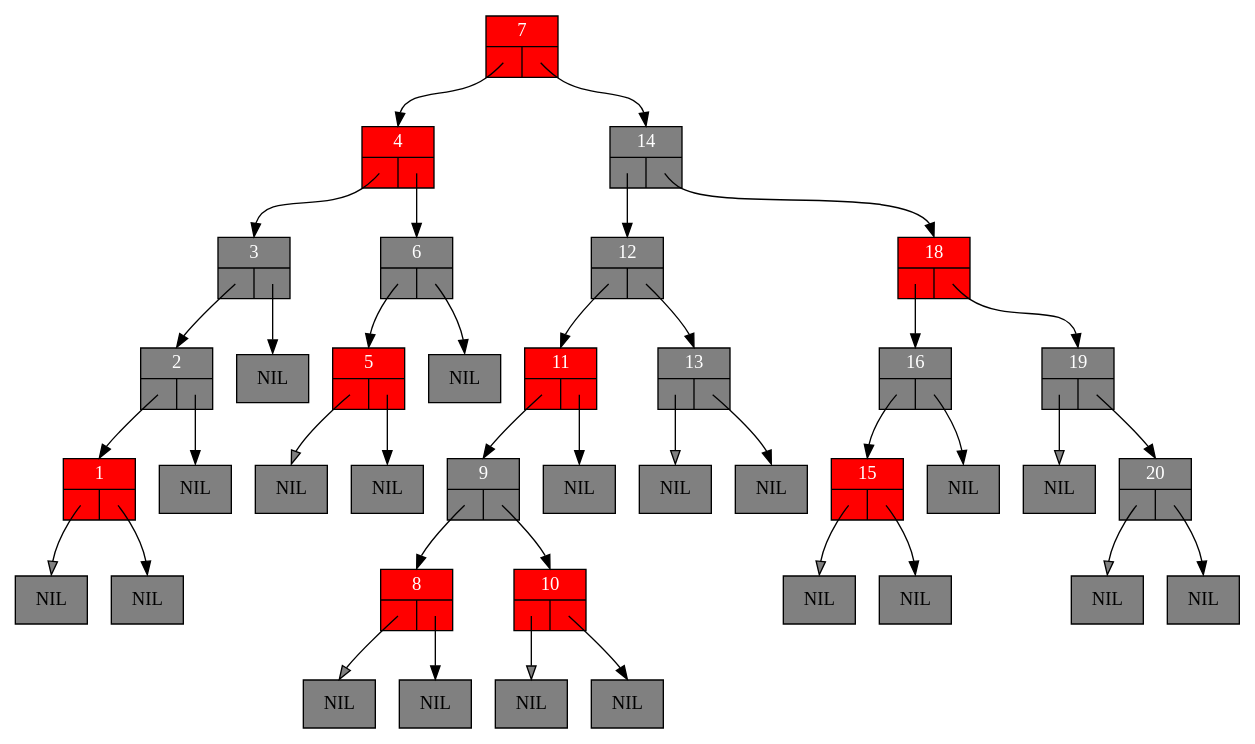
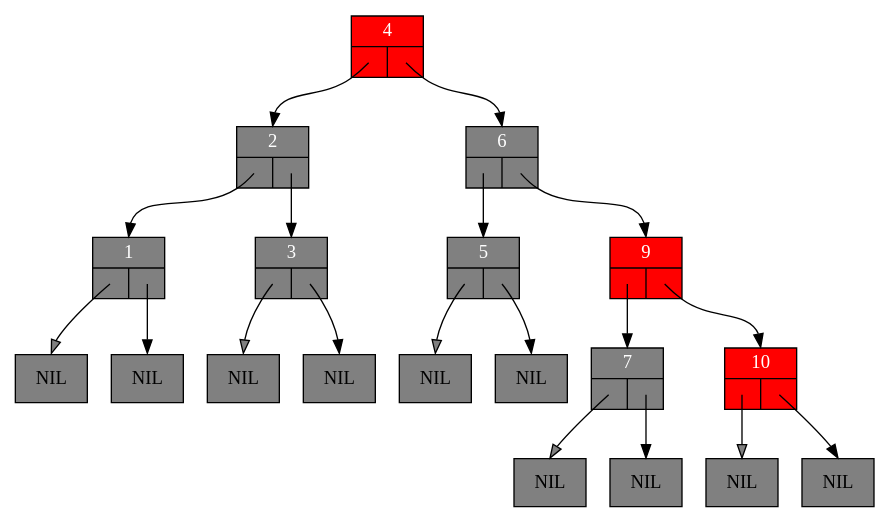
The diagram in Algo3/base_code_lab6/Code/thetree-1.dot (NOTuglyduckling/C), drawn with Graphviz before and after one commit. The commit also changed 22 other files, not shown here.

```diff
--- a/Algo3/base_code_lab6/Code/thetree-1.dot
+++ b/Algo3/base_code_lab6/Code/thetree-1.dot
@@ -1,83 +1,43 @@
 digraph RedBlackTree {
 	graph [ranksep=0.5];
 	node [shape = record];
 
-	n1 [style=filled, fillcolor=red, fontcolor=white, label="{1|{<left>|<right>}}"];
+	n1 [style=filled, fillcolor=grey, fontcolor=white, label="{1|{<left>|<right>}}"];
 	lnil1 [style=filled, fillcolor=grey, label="NIL"];
 	n1:left:c -> lnil1:n [fillcolor=grey, headclip=false, tailclip=false]
 	rnil1 [style=filled, fillcolor=grey, label="NIL"];
 	n1:right:c -> rnil1:n [headclip=false, tailclip=false]
 	n2 [style=filled, fillcolor=grey, fontcolor=white, label="{2|{<left>|<right>}}"];
 	n2:left:c -> n1:n [headclip=false, tailclip=false]
-	rnil2 [style=filled, fillcolor=grey, label="NIL"];
-	n2:right:c -> rnil2:n [headclip=false, tailclip=false]
+	n2:right:c -> n3:n [headclip=false, tailclip=false]
 	n3 [style=filled, fillcolor=grey, fontcolor=white, label="{3|{<left>|<right>}}"];
-	n3:left:c -> n2:n [headclip=false, tailclip=false]
+	lnil3 [style=filled, fillcolor=grey, label="NIL"];
+	n3:left:c -> lnil3:n [fillcolor=grey, headclip=false, tailclip=false]
 	rnil3 [style=filled, fillcolor=grey, label="NIL"];
 	n3:right:c -> rnil3:n [headclip=false, tailclip=false]
 	n4 [style=filled, fillcolor=red, fontcolor=white, label="{4|{<left>|<right>}}"];
-	n4:left:c -> n3:n [headclip=false, tailclip=false]
+	n4:left:c -> n2:n [headclip=false, tailclip=false]
 	n4:right:c -> n6:n [headclip=false, tailclip=false]
-	n5 [style=filled, fillcolor=red, fontcolor=white, label="{5|{<left>|<right>}}"];
+	n5 [style=filled, fillcolor=grey, fontcolor=white, label="{5|{<left>|<right>}}"];
 	lnil5 [style=filled, fillcolor=grey, label="NIL"];
 	n5:left:c -> lnil5:n [fillcolor=grey, headclip=false, tailclip=false]
 	rnil5 [style=filled, fillcolor=grey, label="NIL"];
 	n5:right:c -> rnil5:n [headclip=false, tailclip=false]
 	n6 [style=filled, fillcolor=grey, fontcolor=white, label="{6|{<left>|<right>}}"];
 	n6:left:c -> n5:n [headclip=false, tailclip=false]
-	rnil6 [style=filled, fillcolor=grey, label="NIL"];
-	n6:right:c -> rnil6:n [headclip=false, tailclip=false]
-	n7 [style=filled, fillcolor=red, fontcolor=white, label="{7|{<left>|<right>}}"];
-	n7:left:c -> n4:n [headclip=false, tailclip=false]
-	n7:right:c -> n14:n [headclip=false, tailclip=false]
-	n8 [style=filled, fillcolor=red, fontcolor=white, label="{8|{<left>|<right>}}"];
-	lnil8 [style=filled, fillcolor=grey, label="NIL"];
-	n8:left:c -> lnil8:n [fillcolor=grey, headclip=false, tailclip=false]
-	rnil8 [style=filled, fillcolor=grey, label="NIL"];
-	n8:right:c -> rnil8:n [headclip=false, tailclip=false]
-	n9 [style=filled, fillcolor=grey, fontcolor=white, label="{9|{<left>|<right>}}"];
-	n9:left:c -> n8:n [headclip=false, tailclip=false]
+	n6:right:c -> n9:n [headclip=false, tailclip=false]
+	n7 [style=filled, fillcolor=grey, fontcolor=white, label="{7|{<left>|<right>}}"];
+	lnil7 [style=filled, fillcolor=grey, label="NIL"];
+	n7:left:c -> lnil7:n [fillcolor=grey, headclip=false, tailclip=false]
+	rnil7 [style=filled, fillcolor=grey, label="NIL"];
+	n7:right:c -> rnil7:n [headclip=false, tailclip=false]
+	n9 [style=filled, fillcolor=red, fontcolor=white, label="{9|{<left>|<right>}}"];
+	n9:left:c -> n7:n [headclip=false, tailclip=false]
 	n9:right:c -> n10:n [headclip=false, tailclip=false]
 	n10 [style=filled, fillcolor=red, fontcolor=white, label="{10|{<left>|<right>}}"];
 	lnil10 [style=filled, fillcolor=grey, label="NIL"];
 	n10:left:c -> lnil10:n [fillcolor=grey, headclip=false, tailclip=false]
 	rnil10 [style=filled, fillcolor=grey, label="NIL"];
 	n10:right:c -> rnil10:n [headclip=false, tailclip=false]
-	n11 [style=filled, fillcolor=red, fontcolor=white, label="{11|{<left>|<right>}}"];
-	n11:left:c -> n9:n [headclip=false, tailclip=false]
-	rnil11 [style=filled, fillcolor=grey, label="NIL"];
-	n11:right:c -> rnil11:n [headclip=false, tailclip=false]
-	n12 [style=filled, fillcolor=grey, fontcolor=white, label="{12|{<left>|<right>}}"];
-	n12:left:c -> n11:n [headclip=false, tailclip=false]
-	n12:right:c -> n13:n [headclip=false, tailclip=false]
-	n13 [style=filled, fillcolor=grey, fontcolor=white, label="{13|{<left>|<right>}}"];
-	lnil13 [style=filled, fillcolor=grey, label="NIL"];
-	n13:left:c -> lnil13:n [fillcolor=grey, headclip=false, tailclip=false]
-	rnil13 [style=filled, fillcolor=grey, label="NIL"];
-	n13:right:c -> rnil13:n [headclip=false, tailclip=false]
-	n14 [style=filled, fillcolor=grey, fontcolor=white, label="{14|{<left>|<right>}}"];
-	n14:left:c -> n12:n [headclip=false, tailclip=false]
-	n14:right:c -> n18:n [headclip=false, tailclip=false]
-	n15 [style=filled, fillcolor=red, fontcolor=white, label="{15|{<left>|<right>}}"];
-	lnil15 [style=filled, fillcolor=grey, label="NIL"];
-	n15:left:c -> lnil15:n [fillcolor=grey, headclip=false, tailclip=false]
-	rnil15 [style=filled, fillcolor=grey, label="NIL"];
-	n15:right:c -> rnil15:n [headclip=false, tailclip=false]
-	n16 [style=filled, fillcolor=grey, fontcolor=white, label="{16|{<left>|<right>}}"];
-	n16:left:c -> n15:n [headclip=false, tailclip=false]
-	rnil16 [style=filled, fillcolor=grey, label="NIL"];
-	n16:right:c -> rnil16:n [headclip=false, tailclip=false]
-	n18 [style=filled, fillcolor=red, fontcolor=white, label="{18|{<left>|<right>}}"];
-	n18:left:c -> n16:n [headclip=false, tailclip=false]
-	n18:right:c -> n19:n [headclip=false, tailclip=false]
-	n19 [style=filled, fillcolor=grey, fontcolor=white, label="{19|{<left>|<right>}}"];
-	lnil19 [style=filled, fillcolor=grey, label="NIL"];
-	n19:left:c -> lnil19:n [fillcolor=grey, headclip=false, tailclip=false]
-	n19:right:c -> n20:n [headclip=false, tailclip=false]
-	n20 [style=filled, fillcolor=grey, fontcolor=white, label="{20|{<left>|<right>}}"];
-	lnil20 [style=filled, fillcolor=grey, label="NIL"];
-	n20:left:c -> lnil20:n [fillcolor=grey, headclip=false, tailclip=false]
-	rnil20 [style=filled, fillcolor=grey, label="NIL"];
-	n20:right:c -> rnil20:n [headclip=false, tailclip=false]
 
 }
```
